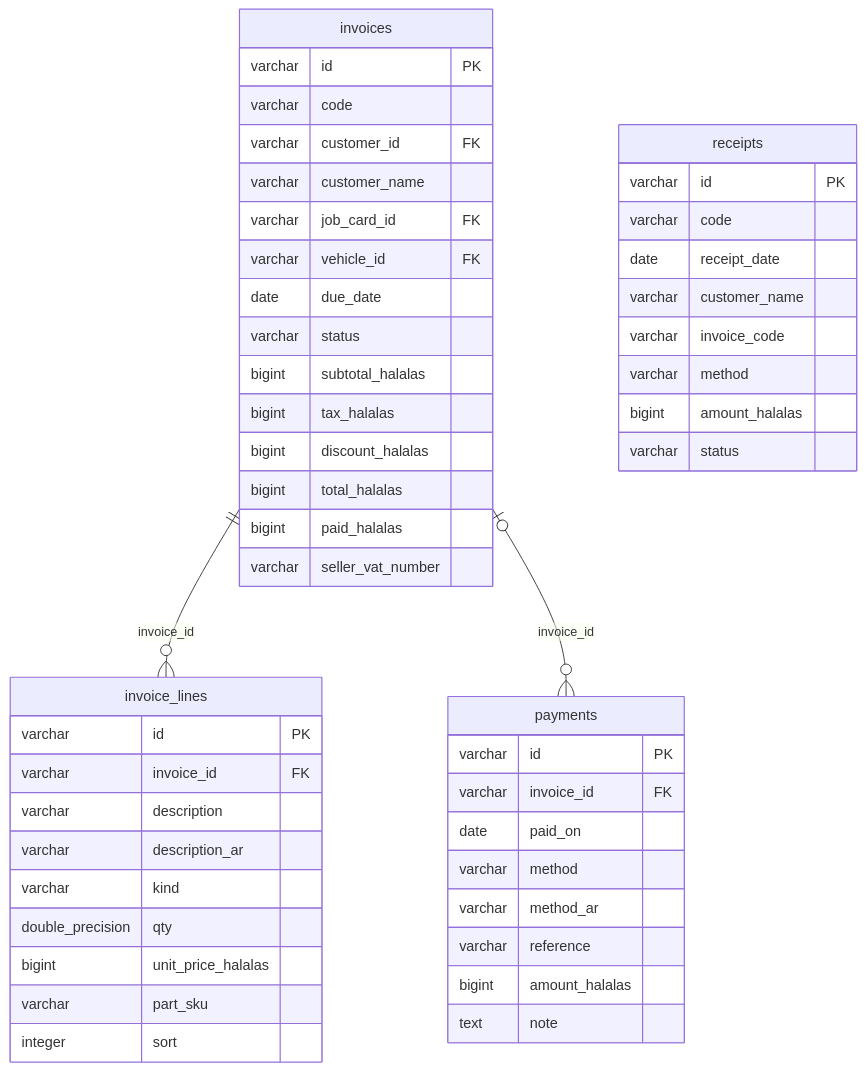
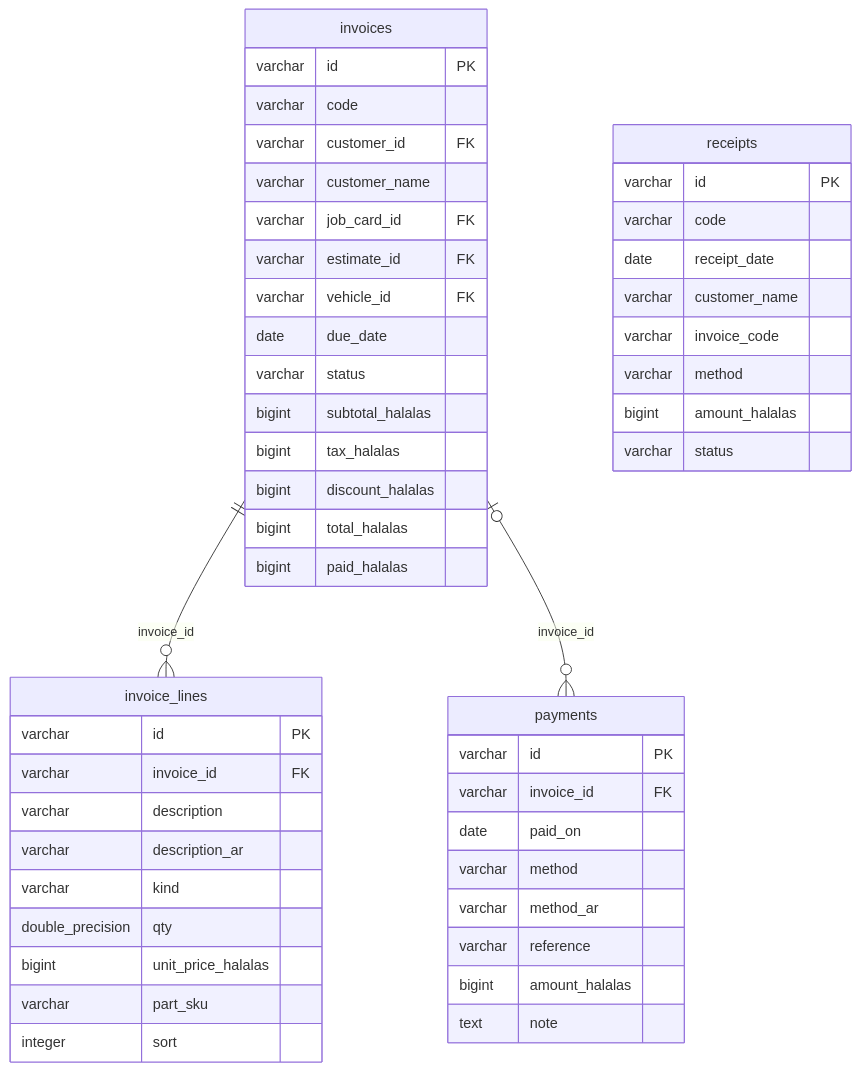
The diagram in docs/33_MASTER_DIAGRAM_LIBRARY/ERD/BILLING_ERD.md (tazamohd/SlClNe), drawn with Mermaid before and after one commit. The commit also changed 67 other files, not shown here.

````diff
--- a/docs/33_MASTER_DIAGRAM_LIBRARY/ERD/BILLING_ERD.md
+++ b/docs/33_MASTER_DIAGRAM_LIBRARY/ERD/BILLING_ERD.md
@@ -15,52 +15,52 @@
 ```mermaid
 erDiagram
   invoices {
     varchar id PK
     varchar code
     varchar customer_id FK
     varchar customer_name
     varchar job_card_id FK
+    varchar estimate_id FK
     varchar vehicle_id FK
     date due_date
     varchar status
     bigint subtotal_halalas
     bigint tax_halalas
     bigint discount_halalas
     bigint total_halalas
     bigint paid_halalas
-    varchar seller_vat_number
   }
   invoice_lines {
     varchar id PK
     varchar invoice_id FK
     varchar description
     varchar description_ar
     varchar kind
     double_precision qty
     bigint unit_price_halalas
     varchar part_sku
     integer sort
   }
   payments {
     varchar id PK
     varchar invoice_id FK
     date paid_on
     varchar method
     varchar method_ar
     varchar reference
     bigint amount_halalas
     text note
   }
   receipts {
     varchar id PK
     varchar code
     date receipt_date
     varchar customer_name
     varchar invoice_code
     varchar method
     bigint amount_halalas
     varchar status
   }
   invoices ||--o{ invoice_lines : "invoice_id"
   invoices |o--o{ payments : "invoice_id"
 ```
````
